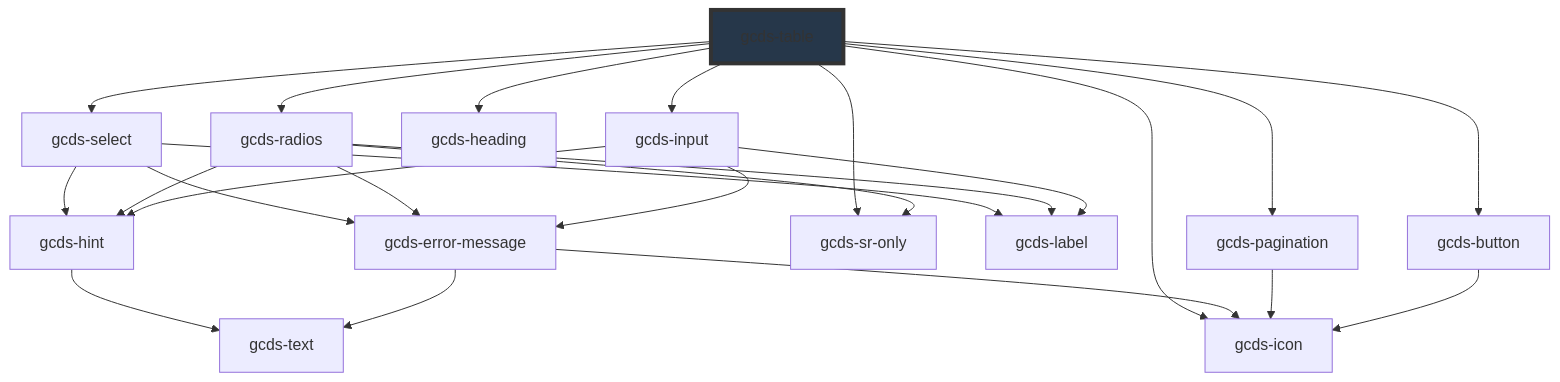
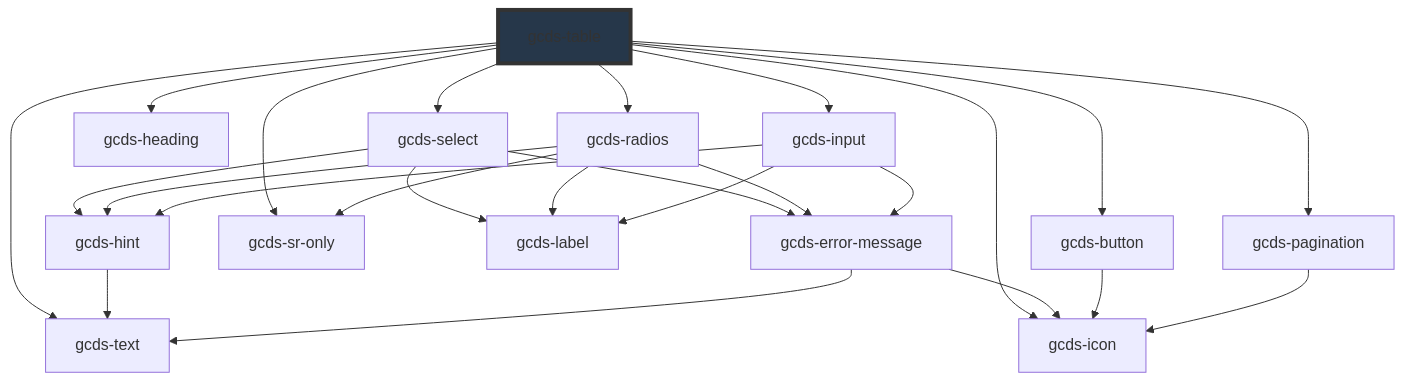
One commit to cds-snc/gcds-components changed the diagram in packages/web/src/components/gcds-table/readme.md. Above: the diagram before and after it, drawn with Mermaid. The commit also changed other lines of this file and 6 other files, not shown here.

````diff
--- a/packages/web/src/components/gcds-table/readme.md
+++ b/packages/web/src/components/gcds-table/readme.md
@@ -57,27 +58,28 @@
 ```mermaid
 graph TD;
   gcds-table --> gcds-select
+  gcds-table --> gcds-heading
+  gcds-table --> gcds-text
+  gcds-table --> gcds-button
   gcds-table --> gcds-pagination
   gcds-table --> gcds-radios
-  gcds-table --> gcds-button
   gcds-table --> gcds-sr-only
-  gcds-table --> gcds-heading
   gcds-table --> gcds-input
   gcds-table --> gcds-icon
   gcds-select --> gcds-label
   gcds-select --> gcds-hint
   gcds-select --> gcds-error-message
   gcds-hint --> gcds-text
   gcds-error-message --> gcds-text
   gcds-error-message --> gcds-icon
+  gcds-button --> gcds-icon
   gcds-pagination --> gcds-icon
   gcds-radios --> gcds-sr-only
   gcds-radios --> gcds-hint
   gcds-radios --> gcds-error-message
   gcds-radios --> gcds-label
-  gcds-button --> gcds-icon
   gcds-input --> gcds-label
   gcds-input --> gcds-hint
   gcds-input --> gcds-error-message
   style gcds-table fill:#26374a,stroke:#333,stroke-width:4px
 ```
````
